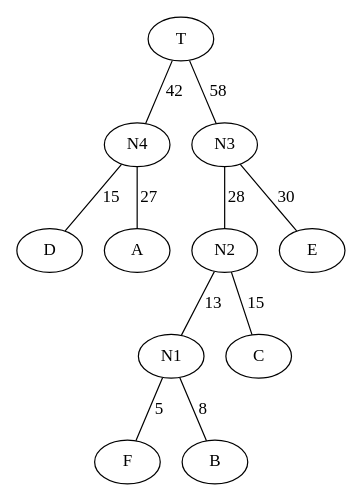
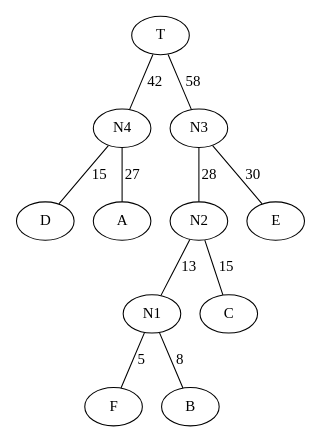
Before and after one commit to chrischen3121/notes: the tenth of 15 diagrams in org/CS/TreeAndGraph.org, drawn with Graphviz. The commit also changed other lines of this file and 16 other files, not shown here.

```diff
--- a/org/CS/TreeAndGraph.org
+++ b/org/CS/TreeAndGraph.org
@@ -369,16 +366,16 @@
   #+BEGIN_SRC dot :file ../resources/TreeAndGraph/HuffmanCode1.png :cmdline -Kdot -Tpng		
     graph HuffmanCode1{
-        size="4, 4";
+        size="3.5, 3.5";
         graph [ordering="out"];
         "T" -- "N4" [label=42];
         "N4" -- "D" [label=15];
         "N4" -- "A" [label=27];
         "T" -- "N3" [label=58];
         "N3" -- "N2" [label=28];
         "N3" -- "E" [label=30];
         "N2" -- "N1" [label=13];
         "N2" -- "C" [label=15];
         "N1" -- "F" [label=5];
         "N1" -- "B" [label=8];
     }
   #+END_SRC
```
